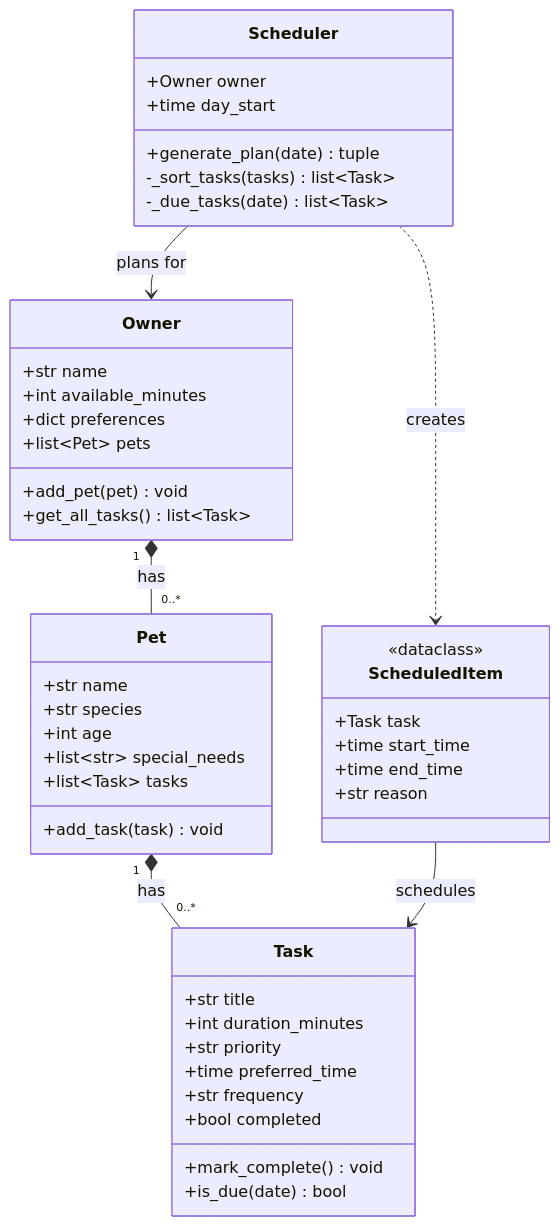
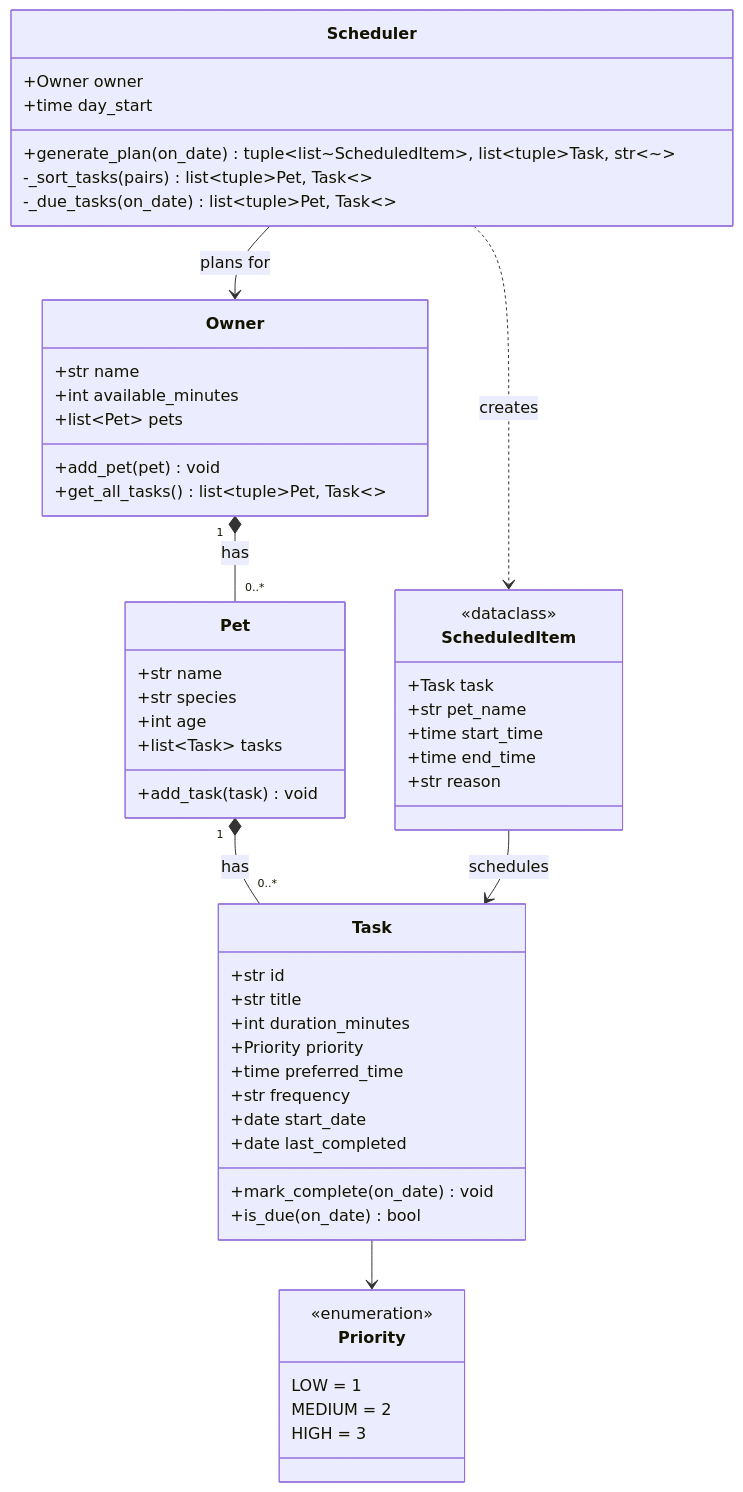
One commit to tatianaabboud/ai110-module2show-pawpal-starter changed the diagram in diagrams/uml.mmd. Above: the diagram before and after it, drawn with Mermaid. The commit also changed 5 other files, not shown here.

```diff
--- a/diagrams/uml.mmd
+++ b/diagrams/uml.mmd
@@ -1,51 +1,60 @@
 classDiagram
+    class Priority {
+        <<enumeration>>
+        LOW = 1
+        MEDIUM = 2
+        HIGH = 3
+    }
+
     class Owner {
         +str name
         +int available_minutes
-        +dict preferences
         +list~Pet~ pets
         +add_pet(pet) void
-        +get_all_tasks() list~Task~
+        +get_all_tasks() list~tuple~Pet, Task~~
     }
 
     class Pet {
         +str name
         +str species
         +int age
-        +list~str~ special_needs
         +list~Task~ tasks
         +add_task(task) void
     }
 
     class Task {
+        +str id
         +str title
         +int duration_minutes
-        +str priority
+        +Priority priority
         +time preferred_time
         +str frequency
-        +bool completed
-        +mark_complete() void
-        +is_due(date) bool
+        +date start_date
+        +date last_completed
+        +mark_complete(on_date) void
+        +is_due(on_date) bool
     }
 
     class ScheduledItem {
         <<dataclass>>
         +Task task
+        +str pet_name
         +time start_time
         +time end_time
         +str reason
     }
 
     class Scheduler {
         +Owner owner
         +time day_start
-        +generate_plan(date) tuple
-        -_sort_tasks(tasks) list~Task~
-        -_due_tasks(date) list~Task~
+        +generate_plan(on_date) tuple~list~ScheduledItem~, list~tuple~Task, str~~~
+        -_sort_tasks(pairs) list~tuple~Pet, Task~~
+        -_due_tasks(on_date) list~tuple~Pet, Task~~
     }
 
     Owner "1" *-- "0..*" Pet : has
     Pet "1" *-- "0..*" Task : has
+    Task --> Priority
     Scheduler --> Owner : plans for
     Scheduler ..> ScheduledItem : creates
     ScheduledItem --> Task : schedules
```
